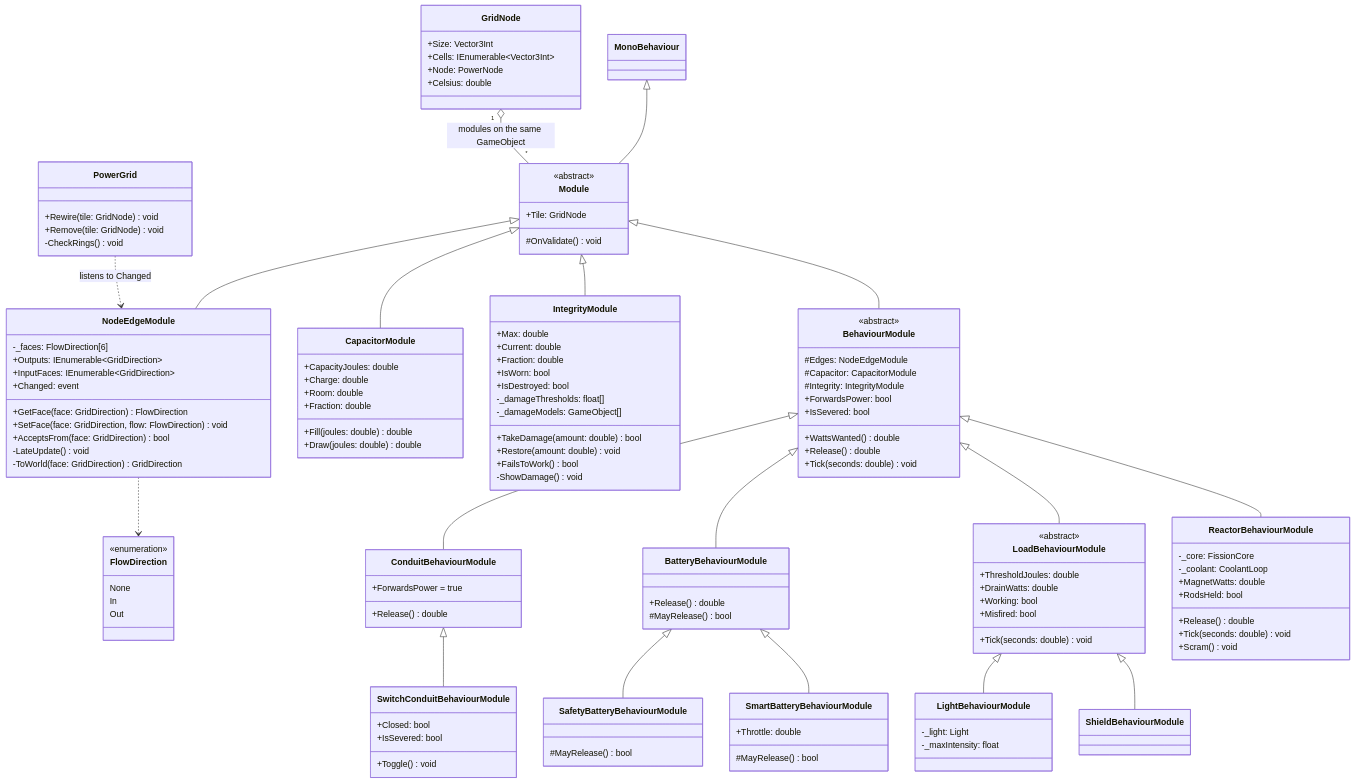
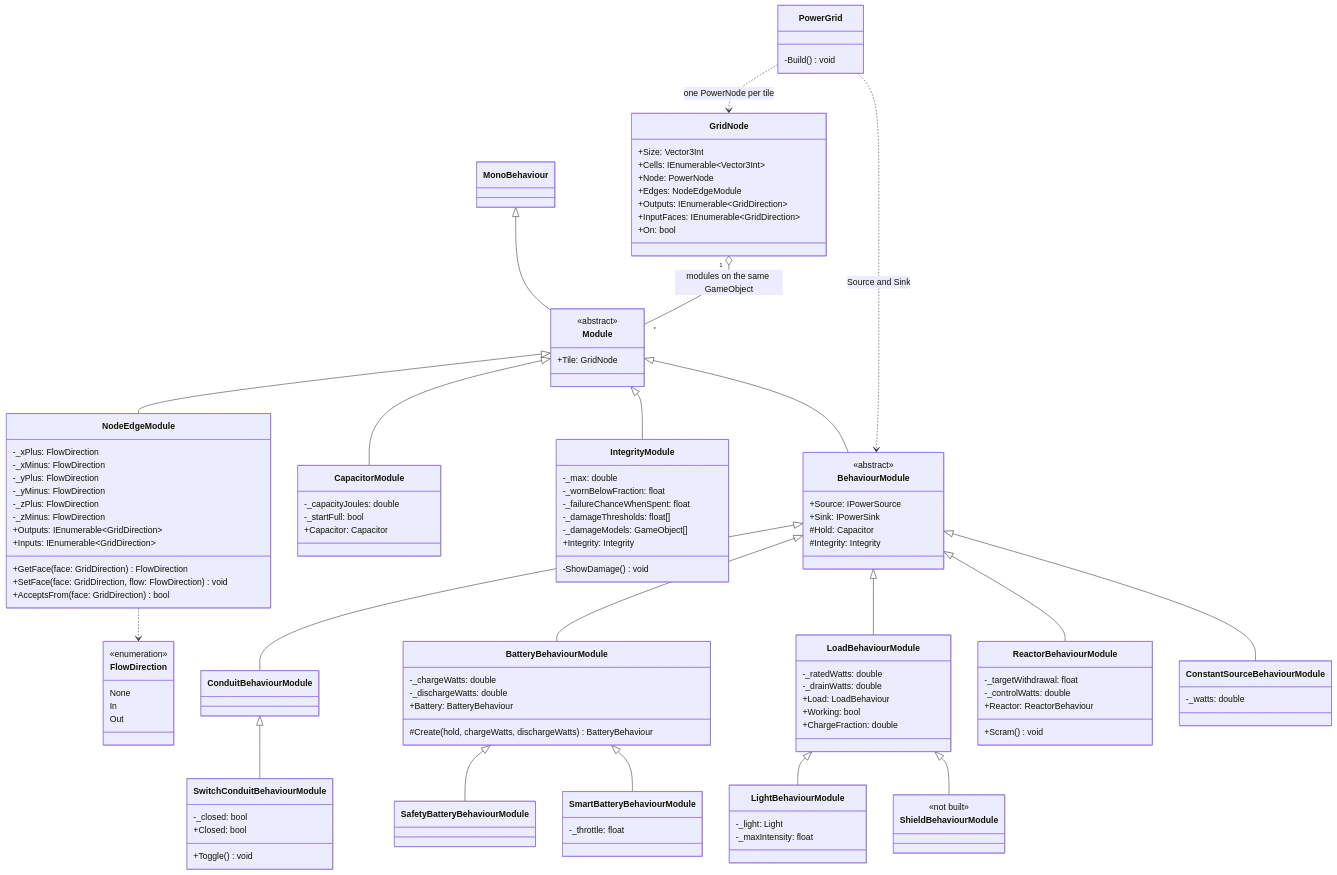
The diagram in docs/modules.md (Vulps22/project-spacescape-somnium), drawn with Mermaid before and after one commit. The commit also changed other lines of this file and 83 other files, not shown here.

First line of the commit message:
Build tiles from modules, and stop components passing power through

````diff
--- a/docs/modules.md
+++ b/docs/modules.md
@@ -69,20 +70,21 @@
     class Module {
         <<abstract>>
         +Tile: GridNode
-        #OnValidate() void
     }
     MonoBehaviour <|-- Module
 
     class NodeEdgeModule {
-        -_faces: FlowDirection[6]
+        -_xPlus: FlowDirection
+        -_xMinus: FlowDirection
+        -_yPlus: FlowDirection
+        -_yMinus: FlowDirection
+        -_zPlus: FlowDirection
+        -_zMinus: FlowDirection
         +Outputs: IEnumerable~GridDirection~
-        +InputFaces: IEnumerable~GridDirection~
+        +Inputs: IEnumerable~GridDirection~
         +GetFace(face: GridDirection) FlowDirection
         +SetFace(face: GridDirection, flow: FlowDirection) void
         +AcceptsFrom(face: GridDirection) bool
-        +Changed: event
-        -LateUpdate() void
-        -ToWorld(face: GridDirection) GridDirection
     }
     Module <|-- NodeEdgeModule
 
@@ -95,110 +97,100 @@
     NodeEdgeModule ..> FlowDirection
 
     class CapacitorModule {
-        +CapacityJoules: double
-        +Charge: double
-        +Room: double
-        +Fraction: double
-        +Fill(joules: double) double
-        +Draw(joules: double) double
+        -_capacityJoules: double
+        -_startFull: bool
+        +Capacitor: Capacitor
     }
     Module <|-- CapacitorModule
 
     class IntegrityModule {
-        +Max: double
-        +Current: double
-        +Fraction: double
-        +IsWorn: bool
-        +IsDestroyed: bool
+        -_max: double
+        -_wornBelowFraction: float
+        -_failureChanceWhenSpent: float
         -_damageThresholds: float[]
         -_damageModels: GameObject[]
-        +TakeDamage(amount: double) bool
-        +Restore(amount: double) void
-        +FailsToWork() bool
+        +Integrity: Integrity
         -ShowDamage() void
     }
     Module <|-- IntegrityModule
 
     class BehaviourModule {
         <<abstract>>
-        #Edges: NodeEdgeModule
-        #Capacitor: CapacitorModule
-        #Integrity: IntegrityModule
-        +ForwardsPower: bool
-        +IsSevered: bool
-        +WattsWanted() double
-        +Release() double
-        +Tick(seconds: double) void
+        +Source: IPowerSource
+        +Sink: IPowerSink
+        #Hold: Capacitor
+        #Integrity: Integrity
     }
     Module <|-- BehaviourModule
 
-    class ConduitBehaviourModule {
-        +ForwardsPower = true
-        +Release() double
-    }
+    class ConduitBehaviourModule
     class SwitchConduitBehaviourModule {
+        -_closed: bool
         +Closed: bool
         +Toggle() void
-        +IsSevered: bool
     }
     BehaviourModule <|-- ConduitBehaviourModule
     ConduitBehaviourModule <|-- SwitchConduitBehaviourModule
 
     class BatteryBehaviourModule {
-        +Release() double
-        #MayRelease() bool
+        -_chargeWatts: double
+        -_dischargeWatts: double
+        +Battery: BatteryBehaviour
+        #Create(hold, chargeWatts, dischargeWatts) BatteryBehaviour
     }
-    class SafetyBatteryBehaviourModule {
-        #MayRelease() bool
-    }
+    class SafetyBatteryBehaviourModule
     class SmartBatteryBehaviourModule {
-        +Throttle: double
-        #MayRelease() bool
+        -_throttle: float
     }
     BehaviourModule <|-- BatteryBehaviourModule
     BatteryBehaviourModule <|-- SafetyBatteryBehaviourModule
     BatteryBehaviourModule <|-- SmartBatteryBehaviourModule
 
     class LoadBehaviourModule {
-        <<abstract>>
-        +ThresholdJoules: double
-        +DrainWatts: double
+        -_ratedWatts: double
+        -_drainWatts: double
+        +Load: LoadBehaviour
         +Working: bool
-        +Misfired: bool
-        +Tick(seconds: double) void
+        +ChargeFraction: double
     }
     class LightBehaviourModule {
         -_light: Light
         -_maxIntensity: float
     }
-    class ShieldBehaviourModule
+    class ShieldBehaviourModule {
+        <<not built>>
+    }
     BehaviourModule <|-- LoadBehaviourModule
     LoadBehaviourModule <|-- LightBehaviourModule
     LoadBehaviourModule <|-- ShieldBehaviourModule
 
     class ReactorBehaviourModule {
-        -_core: FissionCore
-        -_coolant: CoolantLoop
-        +MagnetWatts: double
-        +RodsHeld: bool
-        +Release() double
-        +Tick(seconds: double) void
+        -_targetWithdrawal: float
+        -_controlWatts: double
+        +Reactor: ReactorBehaviour
         +Scram() void
     }
     BehaviourModule <|-- ReactorBehaviourModule
+
+    class ConstantSourceBehaviourModule {
+        -_watts: double
+    }
+    BehaviourModule <|-- ConstantSourceBehaviourModule
 
     class GridNode {
         +Size: Vector3Int
         +Cells: IEnumerable~Vector3Int~
         +Node: PowerNode
-        +Celsius: double
+        +Edges: NodeEdgeModule
+        +Outputs: IEnumerable~GridDirection~
+        +InputFaces: IEnumerable~GridDirection~
+        +On: bool
     }
     GridNode "1" o-- "*" Module : modules on the same GameObject
 
     class PowerGrid {
-        +Rewire(tile: GridNode) void
-        +Remove(tile: GridNode) void
-        -CheckRings() void
+        -Build() void
     }
-    PowerGrid ..> NodeEdgeModule : listens to Changed
+    PowerGrid ..> GridNode : one PowerNode per tile
+    PowerGrid ..> BehaviourModule : Source and Sink
 ```
````
